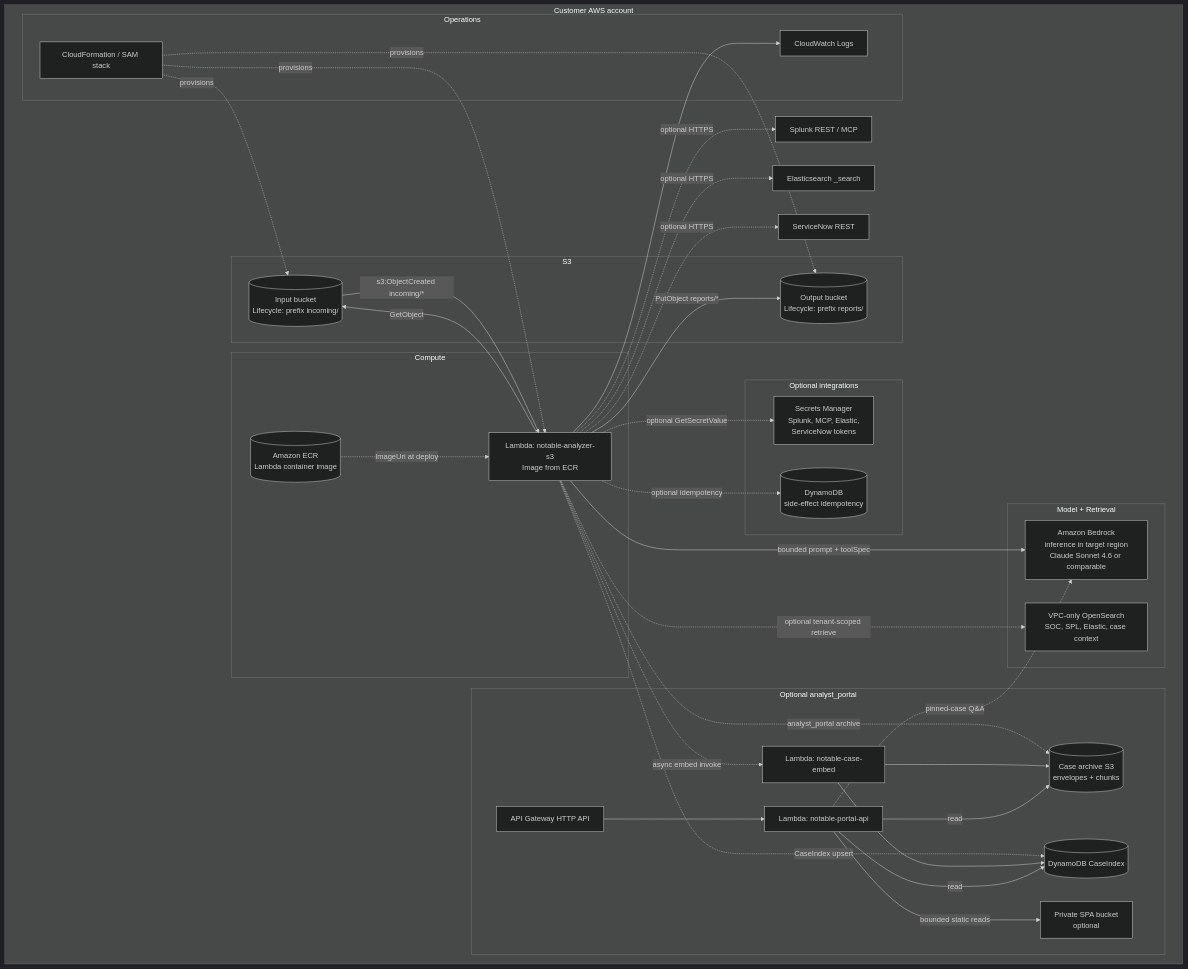
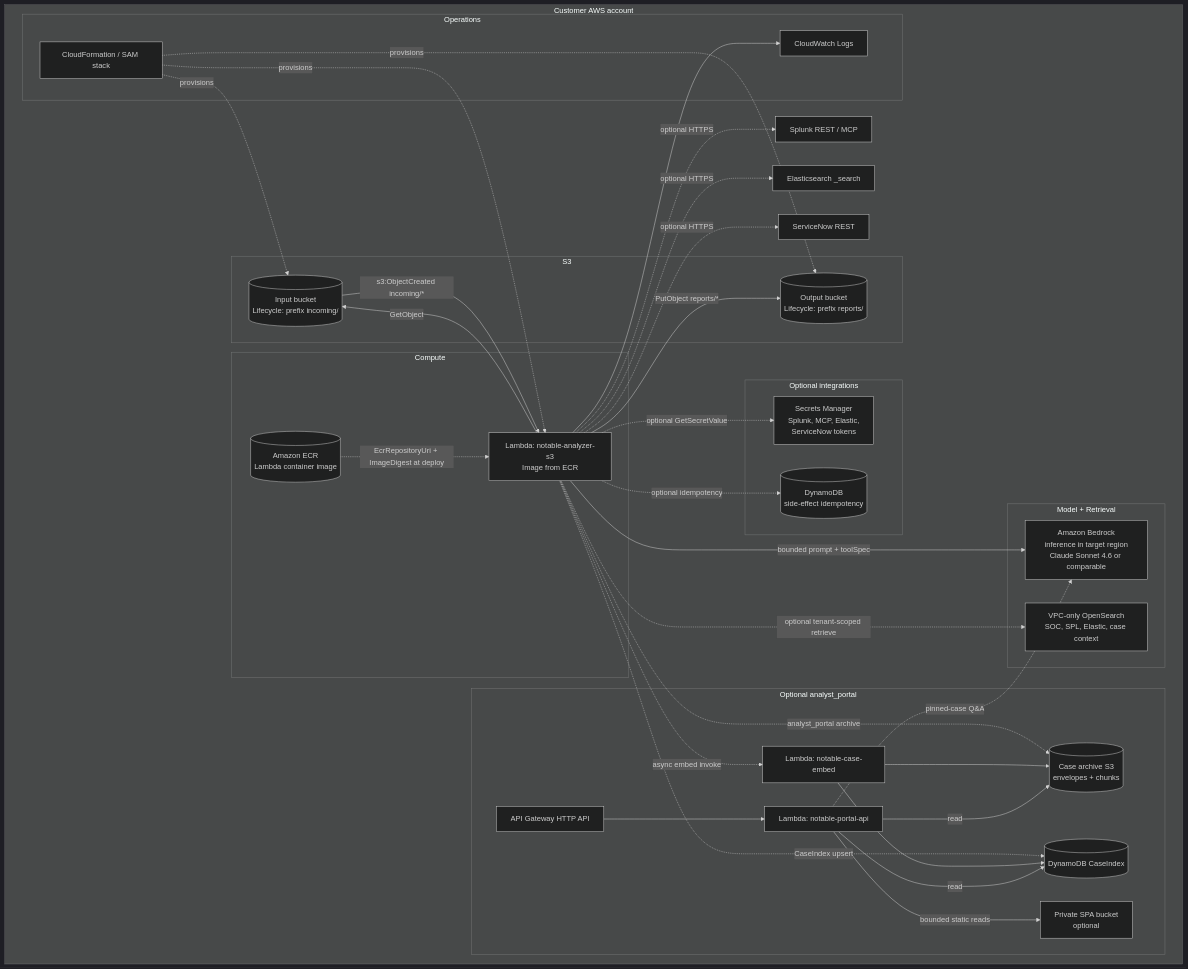
The third of 4 diagrams in s3_notable_pipeline_commercial/docs/delivery_package/end_to_end_diagrams/END_TO_END_DIAGRAMS.md (dreyna001/llm_notable_analysis), drawn with Mermaid (dark theme) before and after one commit. The commit also changed other lines of this file and 18 other files, not shown here.

````diff
--- a/s3_notable_pipeline_commercial/docs/delivery_package/end_to_end_diagrams/END_TO_END_DIAGRAMS.md
+++ b/s3_notable_pipeline_commercial/docs/delivery_package/end_to_end_diagrams/END_TO_END_DIAGRAMS.md
@@ -159,64 +159,64 @@
 ```mermaid
 flowchart TB
   subgraph Account["Customer AWS account"]
     subgraph Storage["S3"]
       BIN[("Input bucket<br/>Lifecycle: prefix incoming/")]
       BOUT[("Output bucket<br/>Lifecycle: prefix reports/")]
     end
 
     subgraph Compute["Compute"]
       ECR[(Amazon ECR<br/>Lambda container image)]
       FN[Lambda: notable-analyzer-s3<br/>Image from ECR]
     end
 
     subgraph AI["Model + Retrieval"]
       BR[Amazon Bedrock<br/>inference in target region<br/>Claude Sonnet 4.6 or comparable]
       KB[VPC-only OpenSearch<br/>SOC, SPL, Elastic, case context]
     end
 
     subgraph Secret["Optional integrations"]
       SM[Secrets Manager<br/>Splunk, MCP, Elastic,<br/>ServiceNow tokens]
       DDB[(DynamoDB<br/>side-effect idempotency)]
     end
 
     subgraph Portal["Optional analyst_portal"]
       CIDX[(DynamoDB CaseIndex)]
       CARC[(Case archive S3<br/>envelopes + chunks)]
       PEMB[Lambda: notable-case-embed]
       PLAM[Lambda: notable-portal-api]
       APIGW[API Gateway HTTP API]
       UI[Private SPA bucket<br/>optional]
     end
 
     subgraph Ops["Operations"]
       CW[CloudWatch Logs]
       CFN[CloudFormation / SAM stack]
     end
 
     BIN -->|s3:ObjectCreated incoming/*| FN
     FN -->|GetObject| BIN
     FN -->|PutObject reports/*| BOUT
     FN -->|bounded prompt + toolSpec| BR
     FN -. optional tenant-scoped retrieve .-> KB
     FN -. optional GetSecretValue .-> SM
     FN -. optional idempotency .-> DDB
     FN -. optional HTTPS .-> SPL[Splunk REST / MCP]
     FN -. optional HTTPS .-> ES[Elasticsearch _search]
     FN -. optional HTTPS .-> SN[ServiceNow REST]
     FN -. analyst_portal archive .-> CARC
     FN -. CaseIndex upsert .-> CIDX
     FN -. async embed invoke .-> PEMB
     PEMB --> CARC
     PEMB --> CIDX
     PLAM -->|read| CIDX
     PLAM -->|read| CARC
     PLAM -. pinned-case Q&A .-> BR
     APIGW --> PLAM
     PLAM -->|bounded static reads| UI
     FN --> CW
     CFN -. provisions .-> BIN
     CFN -. provisions .-> BOUT
     CFN -. provisions .-> FN
-    ECR -. ImageUri at deploy .-> FN
+    ECR -. EcrRepositoryUri + ImageDigest at deploy .-> FN
   end
 ```
````
